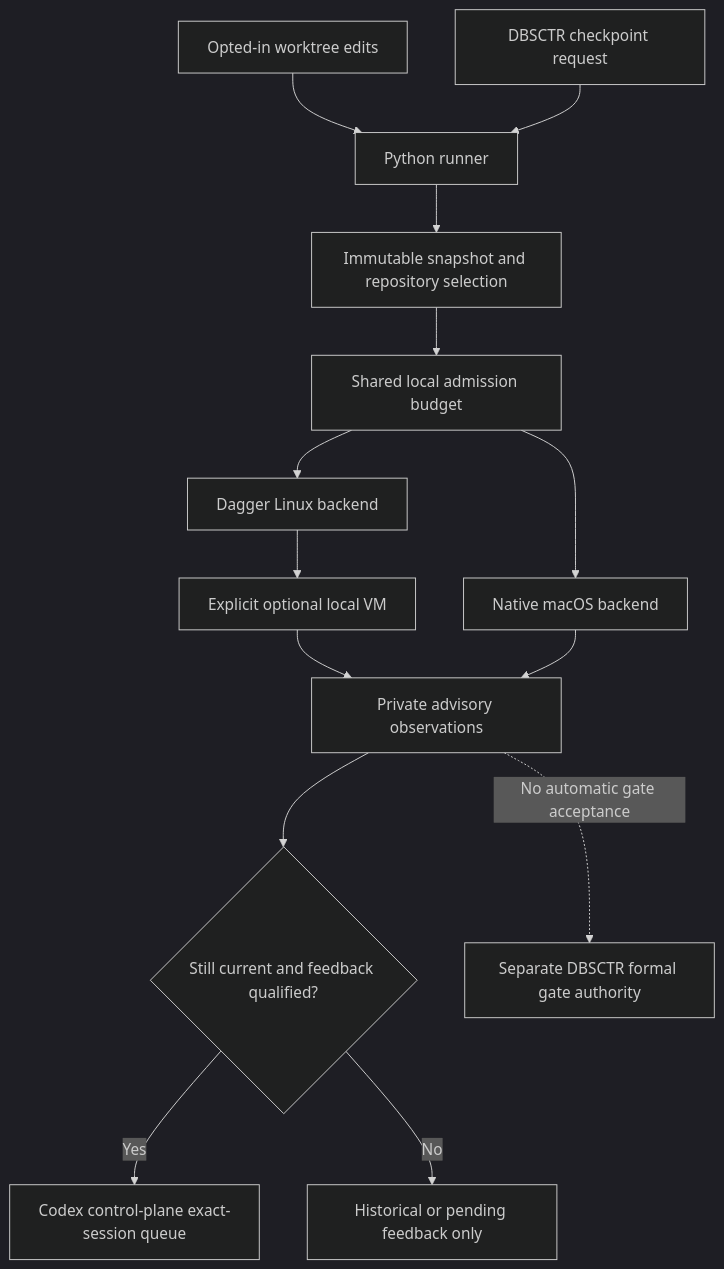
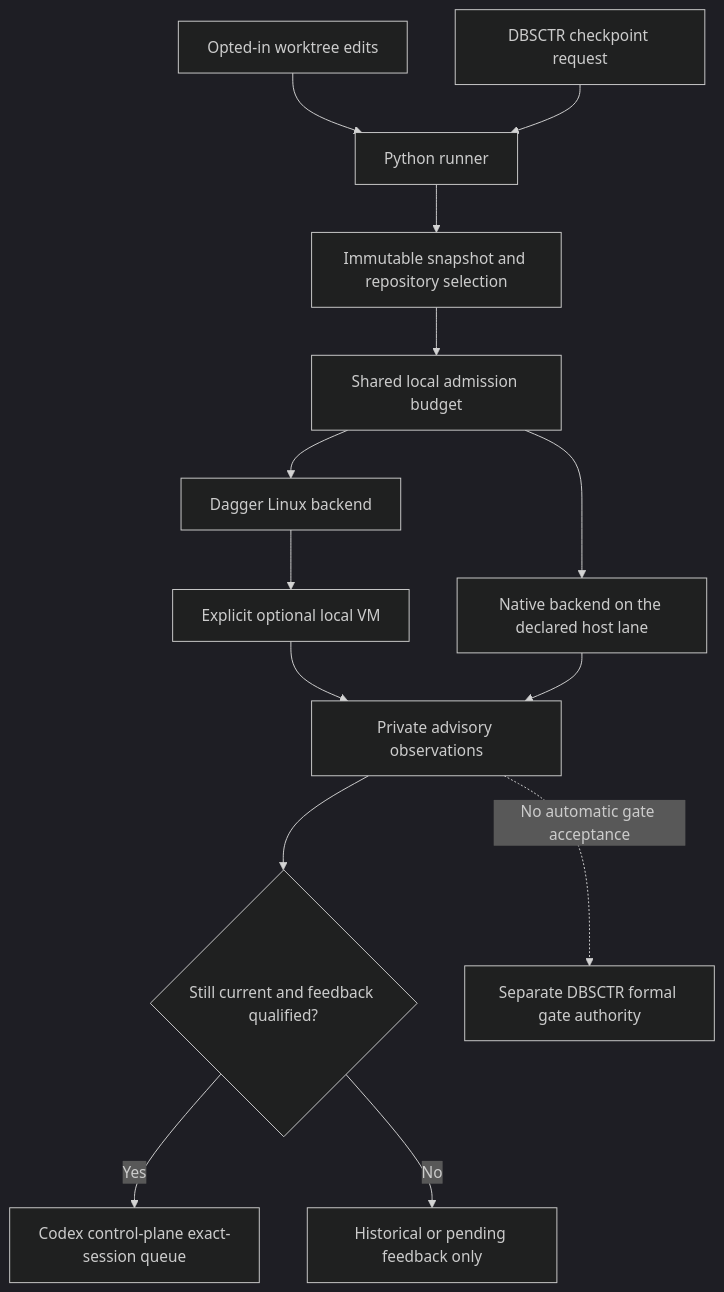
One commit to Saltiola7/dotfiles-ai changed the diagram in docs/specs/continuous_validation/README.md. Above: the diagram before and after it, drawn with Mermaid (dark theme). The commit also changed other lines of this file and 12 other files, not shown here.

````diff
--- a/docs/specs/continuous_validation/README.md
+++ b/docs/specs/continuous_validation/README.md
@@ -695,18 +714,18 @@
 ```mermaid
 flowchart TD
     accTitle: Local advisory validation ownership and freshness
-    accDescr: An opted-in worktree or an explicit DBSCTR checkpoint requests checks from the Python runner. The runner captures an immutable snapshot, selects repository-owned checks, and admits them through one host-wide budget. Linux checks use Dagger through an explicitly provisioned local worker and macOS checks use the native backend. Results become private advisory observations. A freshness guard permits only current failures to reach the qualified Codex control-plane queue adapter. Formal DBSCTR gates remain a separate authority.
+    accDescr: An opted-in worktree or an explicit DBSCTR checkpoint requests checks from the Python runner. The runner captures an immutable snapshot, selects repository-owned checks, and admits them through one host-wide budget. Containerized Linux checks use Dagger through an explicitly provisioned local worker and host-lane checks use the native backend. Results become private advisory observations. A freshness guard permits only current failures to reach the qualified Codex control-plane queue adapter. Formal DBSCTR gates remain a separate authority.
     W[Opted-in worktree edits] --> R[Python runner]
     C[DBSCTR checkpoint request] --> R
     R --> S[Immutable snapshot and repository selection]
     S --> B[Shared local admission budget]
     B --> D[Dagger Linux backend]
-    B --> N[Native macOS backend]
+    B --> N[Native backend on the declared host lane]
     D --> L[Explicit optional local VM]
     L --> O[Private advisory observations]
     N --> O
     O --> F{Still current and feedback qualified?}
     F -->|Yes| Q[Codex control-plane exact-session queue]
     F -->|No| H[Historical or pending feedback only]
     O -.->|No automatic gate acceptance| G[Separate DBSCTR formal gate authority]
 ```
````
